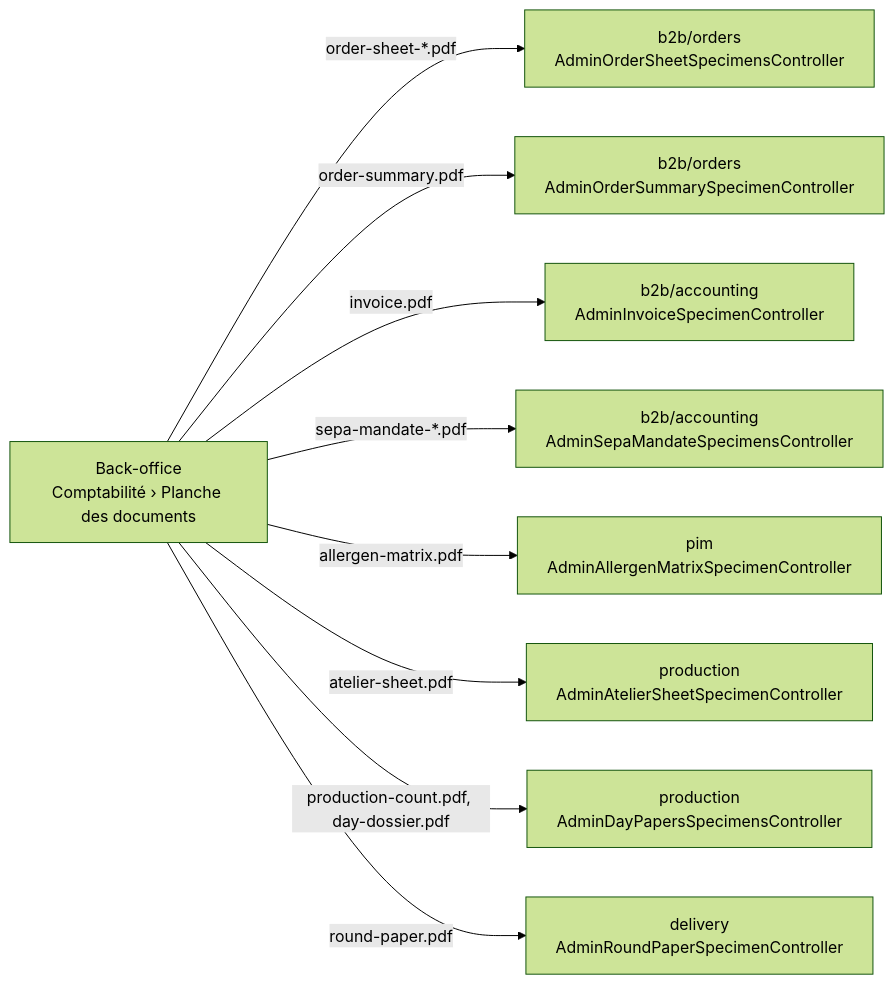
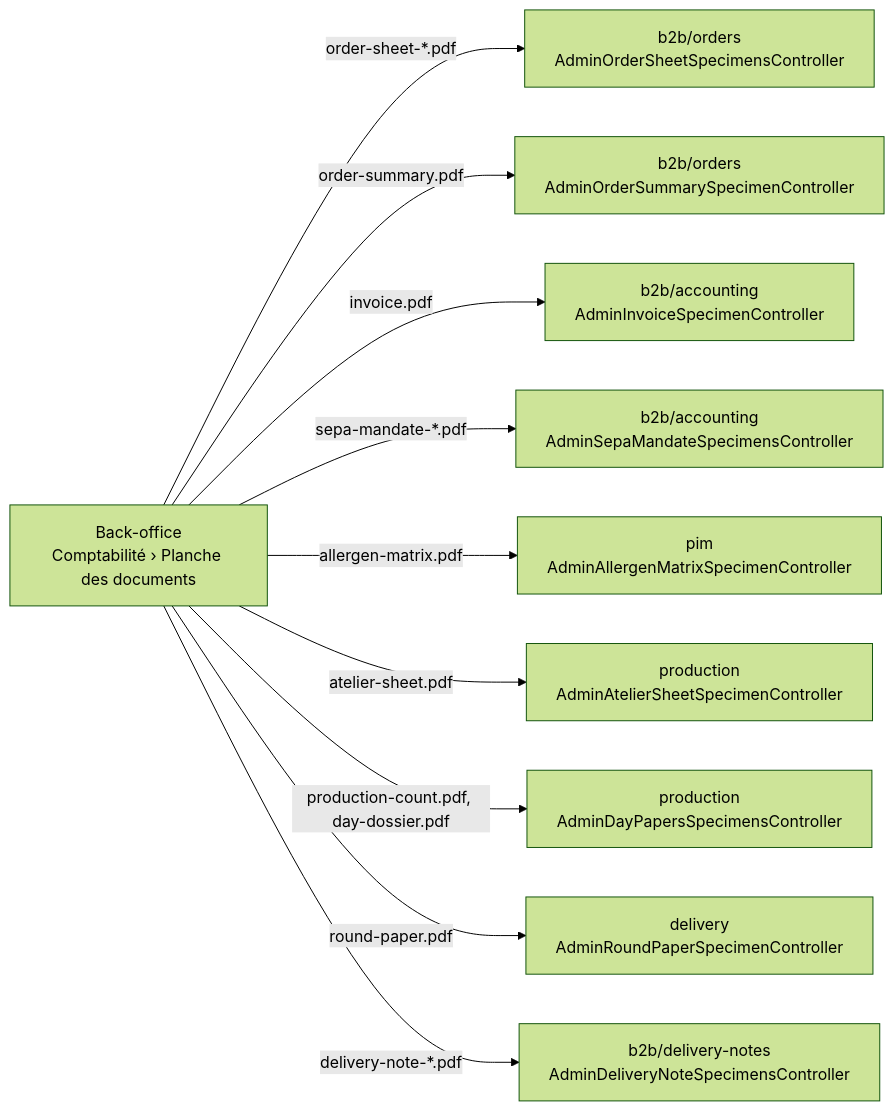
Before and after one commit to hugoheynard/lfd: the diagram in documentation/comptabilite/planche-des-documents.md, drawn with Mermaid (forest theme). The commit also changed other lines of this file and 65 other files, not shown here.

````diff
--- a/documentation/comptabilite/planche-des-documents.md
+++ b/documentation/comptabilite/planche-des-documents.md
@@ -36,12 +38,13 @@
 ```mermaid
 flowchart LR
   screen["Back-office<br/>Comptabilité › Planche des documents"]
   screen -->|order-sheet-*.pdf| orders["b2b/orders<br/>AdminOrderSheetSpecimensController"]
   screen -->|order-summary.pdf| summary["b2b/orders<br/>AdminOrderSummarySpecimenController"]
   screen -->|invoice.pdf| accounting["b2b/accounting<br/>AdminInvoiceSpecimenController"]
   screen -->|sepa-mandate-*.pdf| mandates["b2b/accounting<br/>AdminSepaMandateSpecimensController"]
   screen -->|allergen-matrix.pdf| pim["pim<br/>AdminAllergenMatrixSpecimenController"]
   screen -->|atelier-sheet.pdf| production["production<br/>AdminAtelierSheetSpecimenController"]
   screen -->|production-count.pdf, day-dossier.pdf| dayPapers["production<br/>AdminDayPapersSpecimensController"]
   screen -->|round-paper.pdf| delivery["delivery<br/>AdminRoundPaperSpecimenController"]
+  screen -->|delivery-note-*.pdf| notes["b2b/delivery-notes<br/>AdminDeliveryNoteSpecimensController"]
 ```
````
